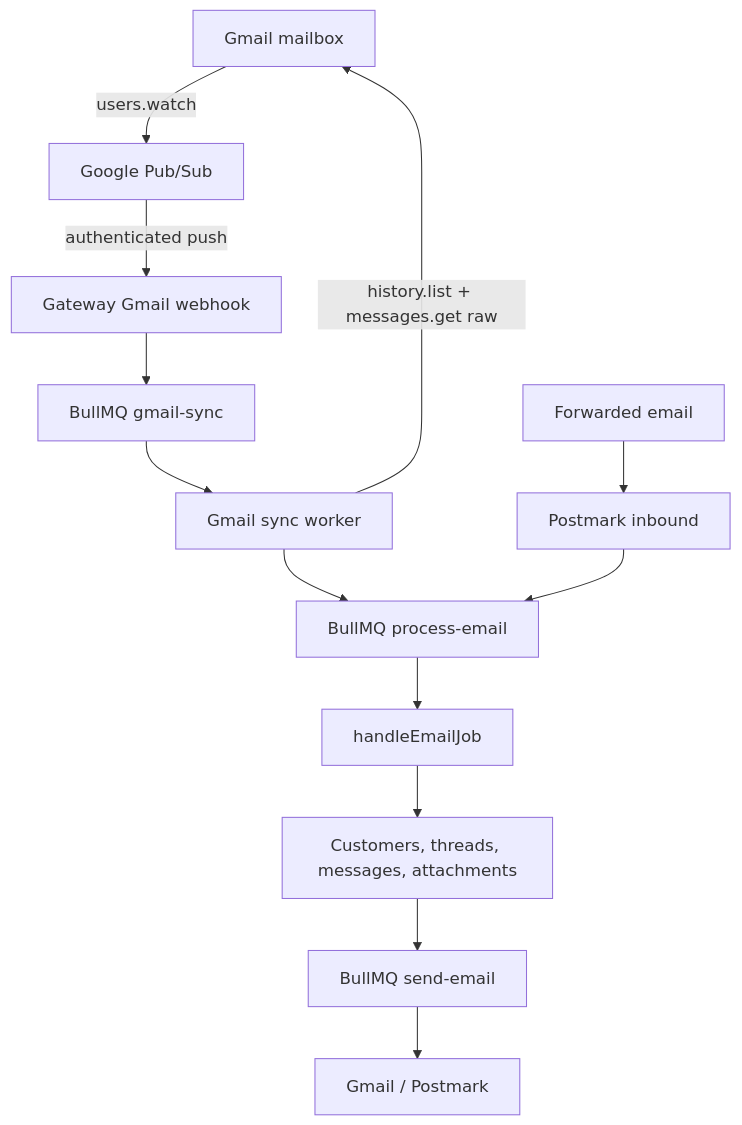
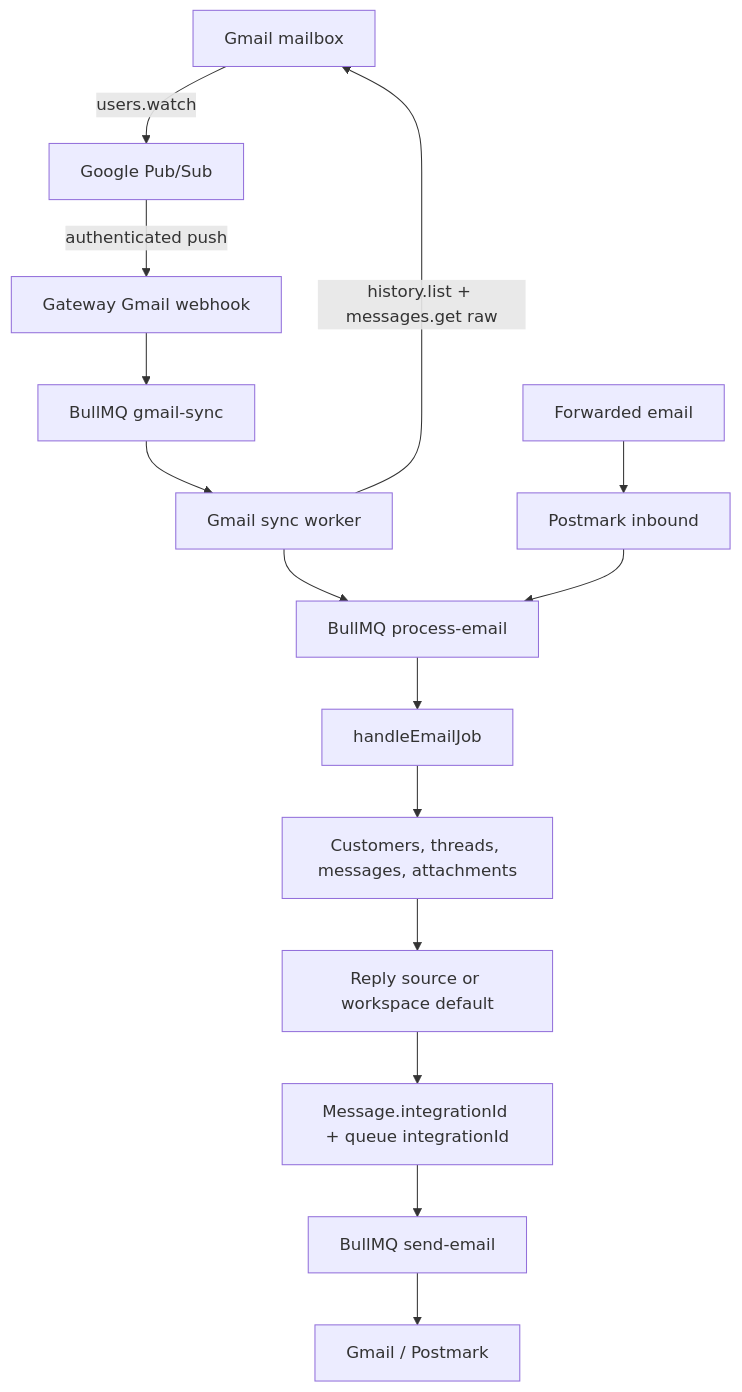
Before and after one commit to walledog11/shopkeeper: the diagram in docs/email-integration-plan.md, drawn with Mermaid. The commit also changed other lines of this file and 69 other files, not shown here.

````diff
--- a/docs/email-integration-plan.md
+++ b/docs/email-integration-plan.md
@@ -47,18 +68,20 @@
 ```mermaid
 flowchart TB
   Gmail[Gmail mailbox] -->|users.watch| PubSub[Google Pub/Sub]
   PubSub -->|authenticated push| Push[Gateway Gmail webhook]
   Push --> SyncQ[BullMQ gmail-sync]
   SyncQ --> Sync[Gmail sync worker]
   Sync -->|history.list + messages.get raw| Gmail
   Sync --> EmailQ[BullMQ process-email]
 
   Forward[Forwarded email] --> Postmark[Postmark inbound]
   Postmark --> EmailQ
 
   EmailQ --> Handler[handleEmailJob]
   Handler --> Tickets[Customers, threads, messages, attachments]
 
-  Tickets --> SendQ[BullMQ send-email]
+  Tickets --> Resolve[Reply source or workspace default]
+  Resolve --> Snapshot[Message.integrationId + queue integrationId]
+  Snapshot --> SendQ[BullMQ send-email]
   SendQ --> Providers[Gmail / Postmark]
 ```
````
